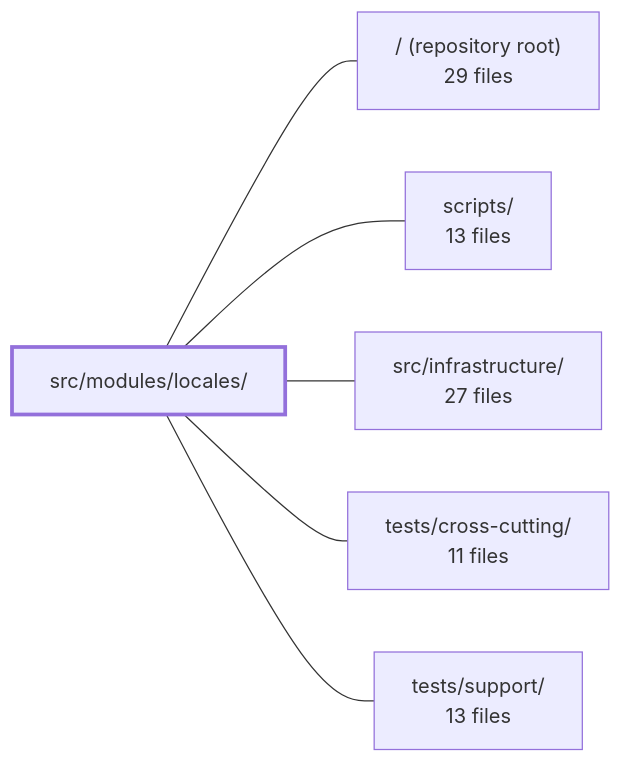
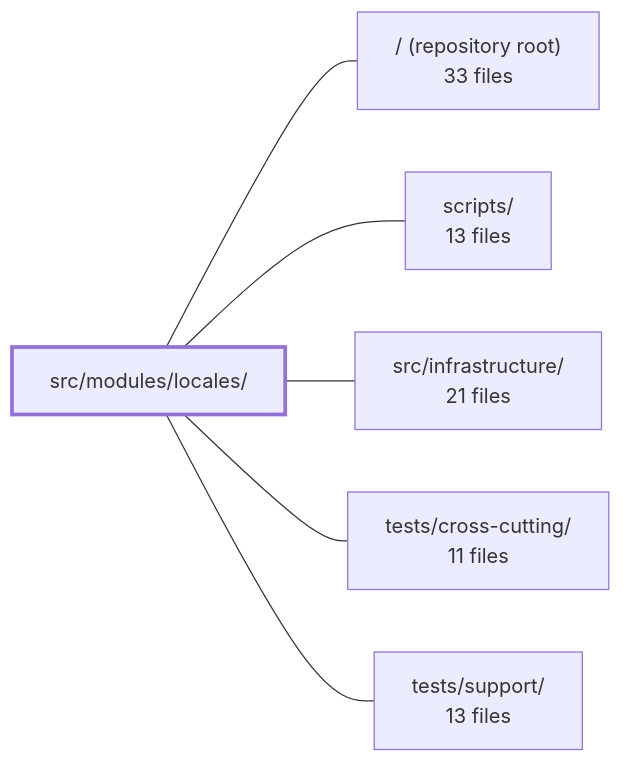
Before and after one commit to Guebbit/boilerplate-vue-frontend: the diagram in .2repo/modules/boilerplate-vue-frontend_src_modules_locales.md, drawn with Mermaid. The commit also changed other lines of this file and 335 other files, not shown here.

````diff
--- a/.2repo/modules/boilerplate-vue-frontend_src_modules_locales.md
+++ b/.2repo/modules/boilerplate-vue-frontend_src_modules_locales.md
@@ -38,15 +40,15 @@
 ```mermaid
 flowchart LR
     m_src_modules_locales["src/modules/locales/"]
-    m_root["/ (repository root)<br/>29 files"]
+    m_root["/ (repository root)<br/>33 files"]
     m_scripts["scripts/<br/>13 files"]
-    m_src_infrastructure["src/infrastructure/<br/>27 files"]
+    m_src_infrastructure["src/infrastructure/<br/>21 files"]
     m_tests_cross_cutting["tests/cross-cutting/<br/>11 files"]
     m_tests_support["tests/support/<br/>13 files"]
     m_src_modules_locales --- m_root
     m_src_modules_locales --- m_scripts
     m_src_modules_locales --- m_src_infrastructure
     m_src_modules_locales --- m_tests_cross_cutting
     m_src_modules_locales --- m_tests_support
     style m_src_modules_locales stroke-width:3px
 ```
````
